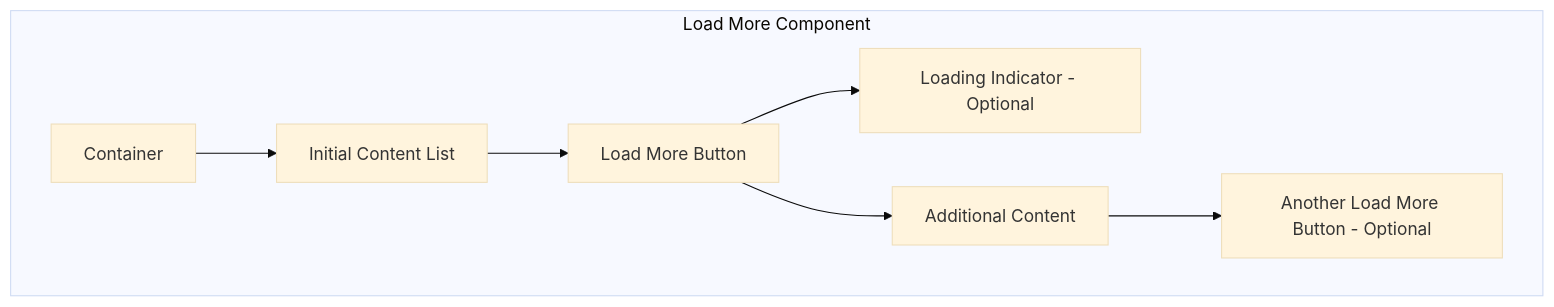
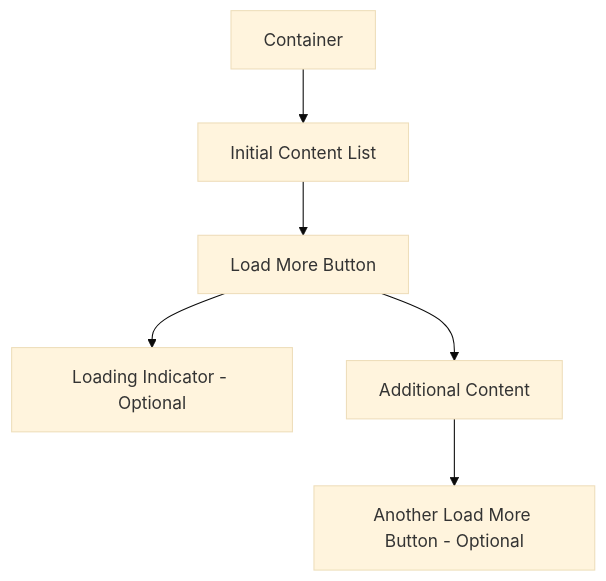
Before and after one commit to thedaviddias/ux-patterns-for-developers: the diagram in apps/web/content/patterns/navigation/load-more.mdx, drawn with Mermaid (base theme). The commit also changed 19 other files, not shown here.

````diff
--- a/apps/web/content/patterns/navigation/load-more.mdx
+++ b/apps/web/content/patterns/navigation/load-more.mdx
@@ -96,10 +96,8 @@
 ```mermaid
 flowchart TB
-    subgraph LoadMore[Load More Component]
-        A[Container] --> B[Initial Content List]
-        B --> C[Load More Button]
-        C --> D[Loading Indicator - Optional]
-        C --> E[Additional Content]
-        E --> F[Another Load More Button - Optional]
-    end
+A[Container] --> B[Initial Content List]
+B --> C[Load More Button]
+C --> D[Loading Indicator - Optional]
+C --> E[Additional Content]
+E --> F[Another Load More Button - Optional]
 ```
````
